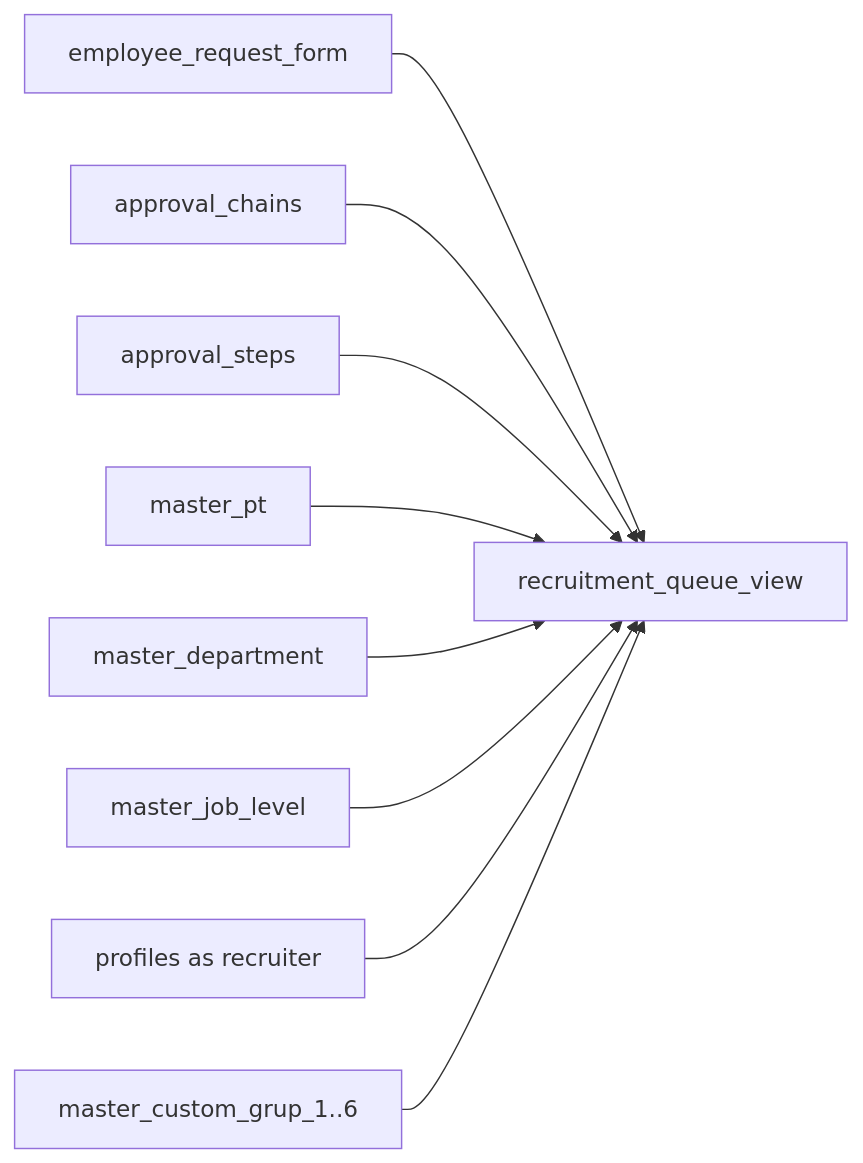
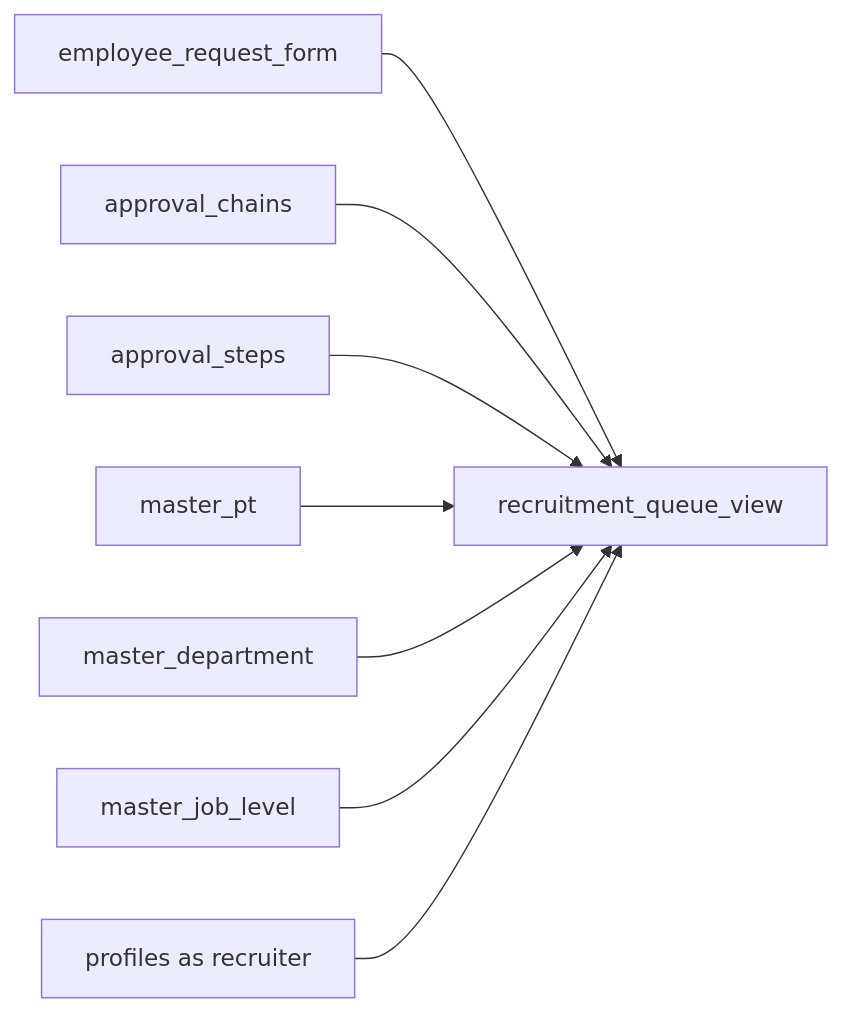
Before and after one commit to Basith-08/hrd_ruang: the fifth of 5 diagrams in docs/06-erd.md, drawn with Mermaid. The commit also changed other lines of this file and 52 other files, not shown here.

Commit message:
feat: remove Custom Group Management and related database schema

````diff
--- a/docs/06-erd.md
+++ b/docs/06-erd.md
@@ -222,21 +216,19 @@
 ```mermaid
 flowchart LR
   ERF[employee_request_form]
   AC[approval_chains]
   APS[approval_steps]
   PT[master_pt]
   DEPT[master_department]
   LVL[master_job_level]
   REC[profiles as recruiter]
-  CG[master_custom_grup_1..6]
   VIEW[recruitment_queue_view]
 
   ERF --> VIEW
   AC --> VIEW
   APS --> VIEW
   PT --> VIEW
   DEPT --> VIEW
   LVL --> VIEW
   REC --> VIEW
-  CG --> VIEW
 ```
````
